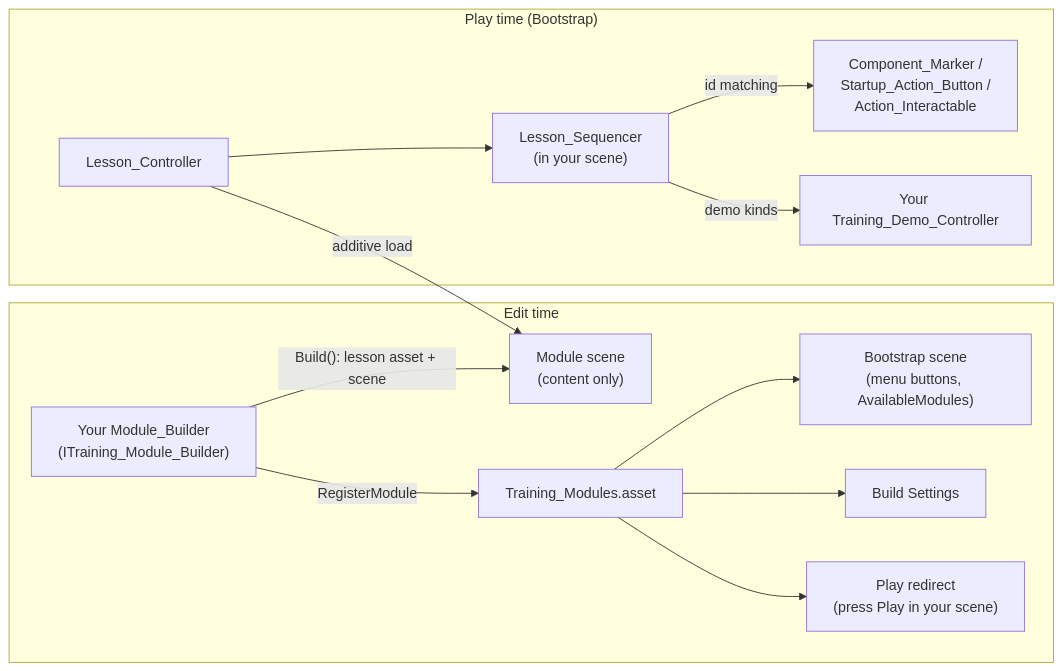
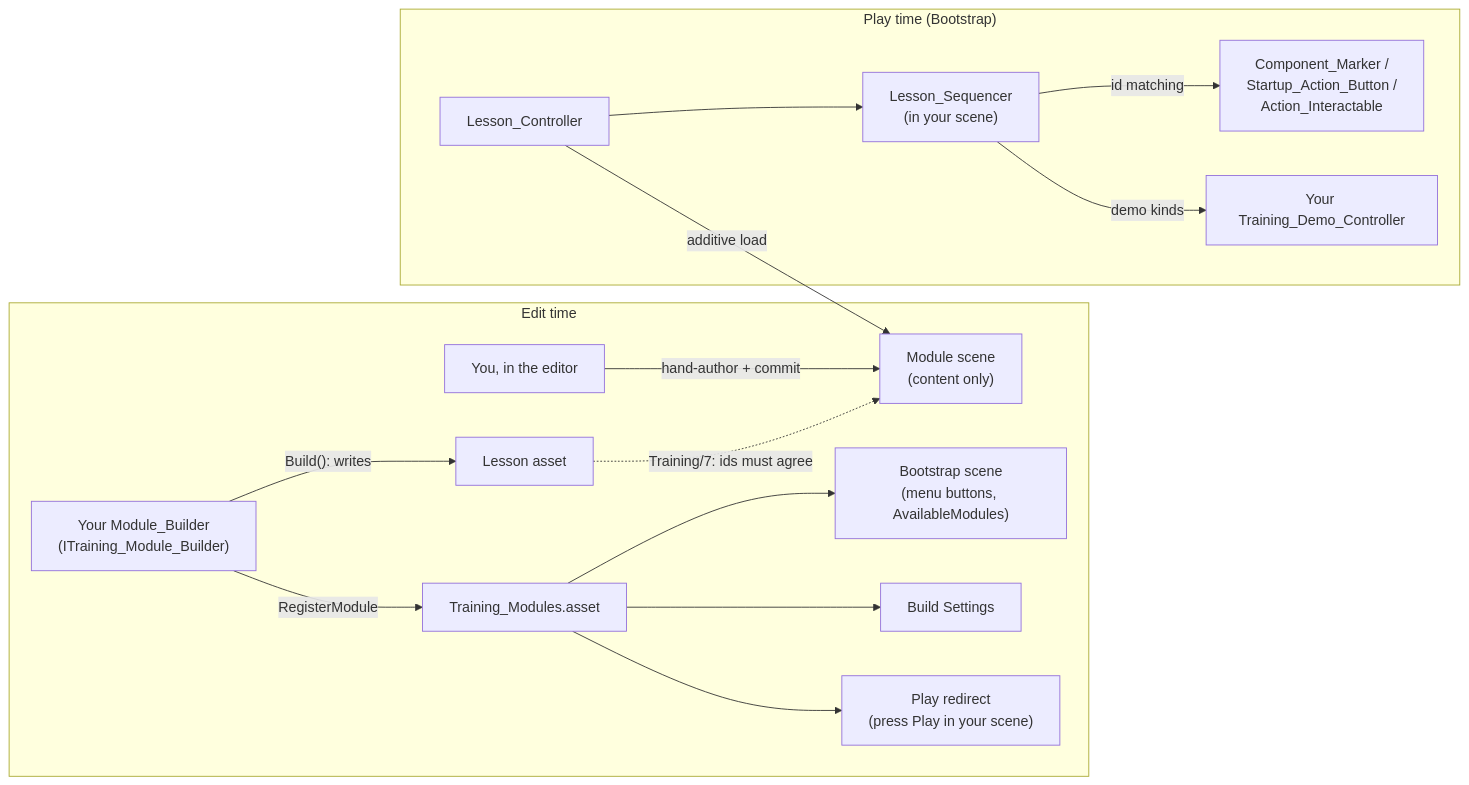
The diagram in docs/VR_Modules/05_Module_Framework_HOWTO.md (Feniren/CREST-RASM-Digital-Twin), drawn with Mermaid before and after one commit. The commit also changed other lines of this file and 30 other files, not shown here.

First line of the commit message:
chore(training): commit authored module scenes and editor tooling as-is (pre-builder-removal baseline)

````diff
--- a/docs/VR_Modules/05_Module_Framework_HOWTO.md
+++ b/docs/VR_Modules/05_Module_Framework_HOWTO.md
@@ -20,16 +27,18 @@
 ```mermaid
 flowchart LR
     subgraph Editor["Edit time"]
-        MB["Your Module_Builder\n(ITraining_Module_Builder)"] -->|"Build(): lesson asset + scene"| Scene["Module scene\n(content only)"]
+        MB["Your Module_Builder\n(ITraining_Module_Builder)"] -->|"Build(): writes"| Les["Lesson asset"]
         MB -->|RegisterModule| Reg["Training_Modules.asset"]
+        You["You, in the editor"] -->|"hand-author + commit"| Scene["Module scene\n(content only)"]
+        Les -.->|"Training/7: ids must agree"| Scene
         Reg --> Boot["Bootstrap scene\n(menu buttons, AvailableModules)"]
         Reg --> BS["Build Settings"]
         Reg --> PR["Play redirect\n(press Play in your scene)"]
     end
     subgraph Runtime["Play time (Bootstrap)"]
         LC["Lesson_Controller"] -->|additive load| Scene
         LC --> Seq["Lesson_Sequencer\n(in your scene)"]
         Seq -->|"id matching"| Int["Component_Marker /\nStartup_Action_Button /\nAction_Interactable"]
         Seq -->|demo kinds| Demo["Your Training_Demo_Controller"]
     end
 ```
````
